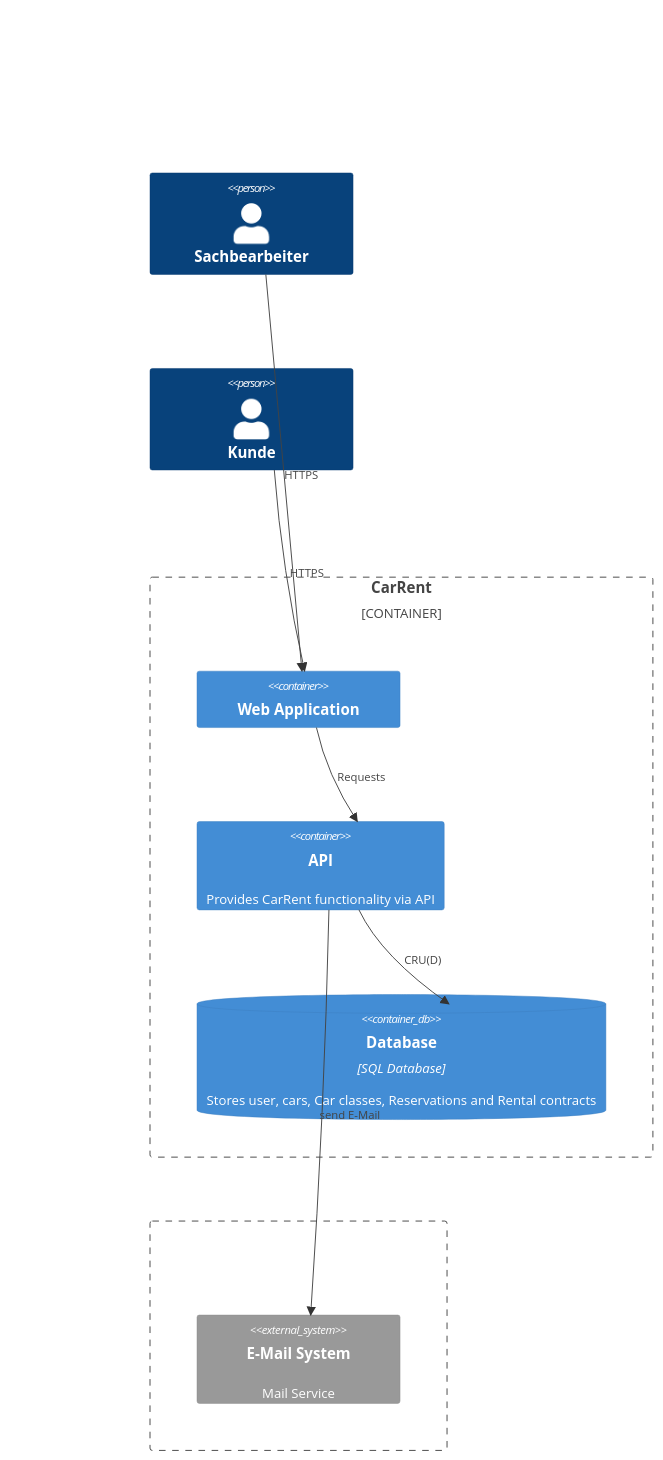
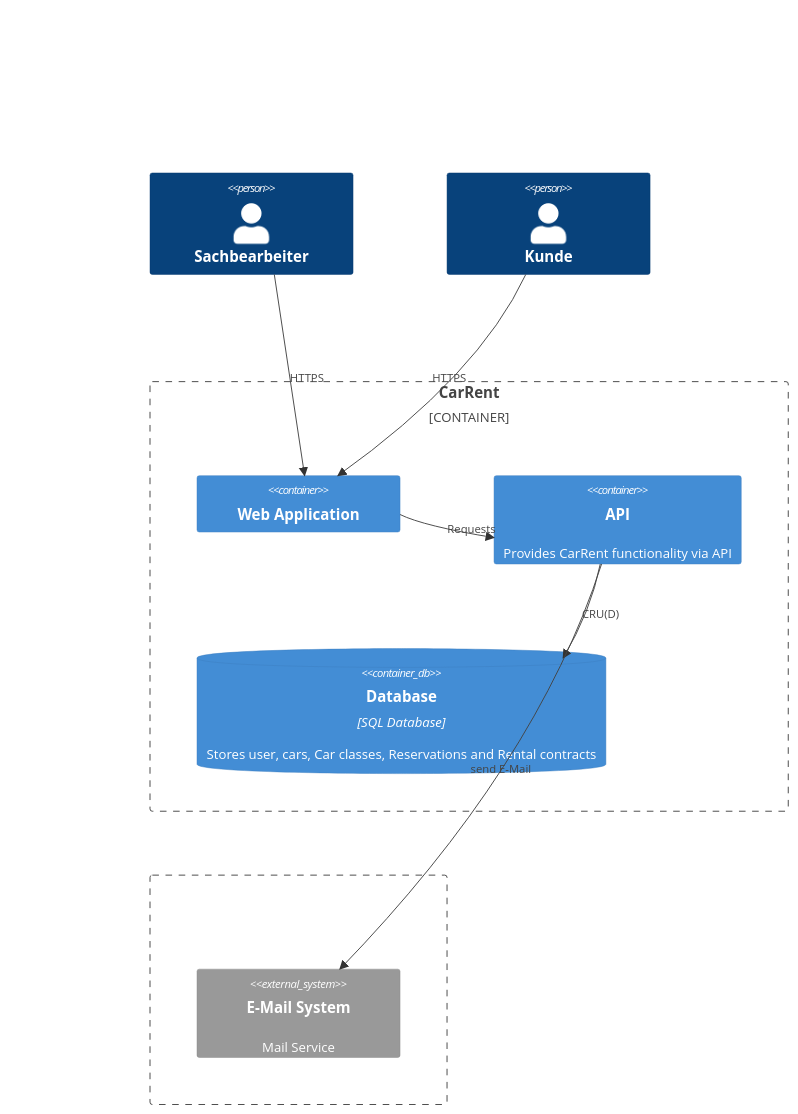
The second of 2 diagrams in README.md (tsolenthaler/zbw-sad-carrent2124), drawn with Mermaid before and after one commit.

````diff
--- a/README.md
+++ b/README.md
@@ -27,23 +27,23 @@
 ```mermaid
 C4Container
     Person(Sachbearbeiter, "Sachbearbeiter")
     Person(Kunde, "Kunde")
 
     Container_Boundary(CarRent, "CarRent", "") {
         Container(webapp, "Web Application", "", "")
         Container(api, "API", "", "Provides CarRent functionality via API")
         ContainerDb(database, "Database", "SQL Database", "Stores user, cars, Car classes, Reservations and Rental contracts")
     }
 
     Boundary(b2, "", "") {
         System_Ext(MailSystem, "E-Mail System", "Mail Service")
     }
 
     Rel(Sachbearbeiter, webapp, "HTTPS")
     Rel(Kunde, webapp, "HTTPS")
     Rel(webapp, api, "Requests")
     Rel(api, database, "CRU(D)")
     Rel(api, MailSystem, "send E-Mail")
 
-    UpdateLayoutConfig($c4ShapeInRow="1", $c4BoundaryInRow="1")
+    UpdateLayoutConfig($c4ShapeInRow="2", $c4BoundaryInRow="1")
 ```
````
